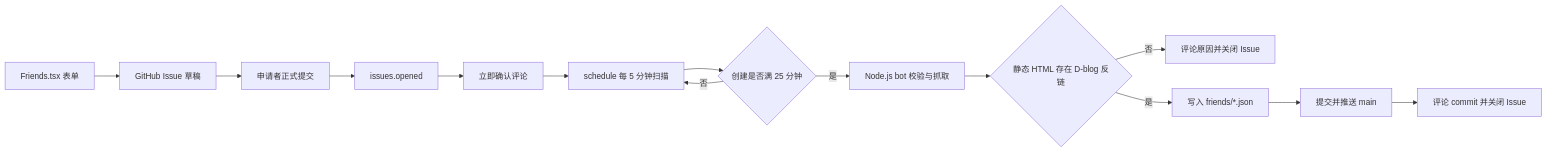
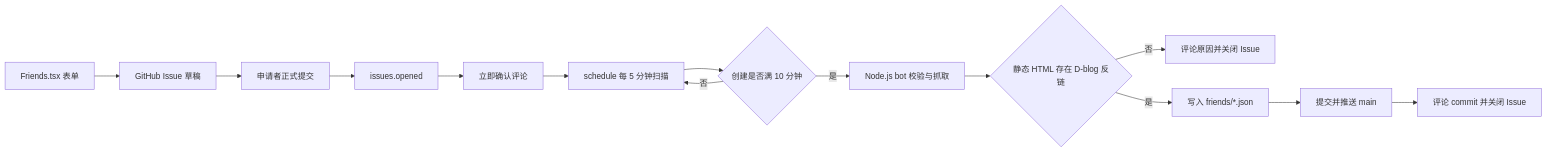
One commit to ououduck/D-blog changed the diagram in posts/github-actions-auto-friend-link-review.md. Above: the diagram before and after it, drawn with Mermaid. The commit also changed other lines of this file and 3 other files, not shown here.

````diff
--- a/posts/github-actions-auto-friend-link-review.md
+++ b/posts/github-actions-auto-friend-link-review.md
@@ -64,16 +64,16 @@
 ```mermaid
 flowchart LR
   A[Friends.tsx 表单] --> B[GitHub Issue 草稿]
   B --> C[申请者正式提交]
   C --> D[issues.opened]
   D --> E[立即确认评论]
   E --> F[schedule 每 5 分钟扫描]
-  F --> G{创建是否满 25 分钟}
+  F --> G{创建是否满 10 分钟}
   G -->|否| F
   G -->|是| H[Node.js bot 校验与抓取]
   H --> I{静态 HTML 存在 D-blog 反链}
   I -->|否| J[评论原因并关闭 Issue]
   I -->|是| K[写入 friends/*.json]
   K --> L[提交并推送 main]
   L --> M[评论 commit 并关闭 Issue]
 ```
````
